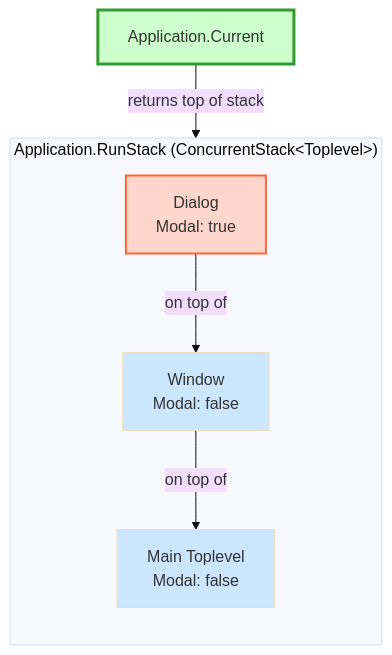
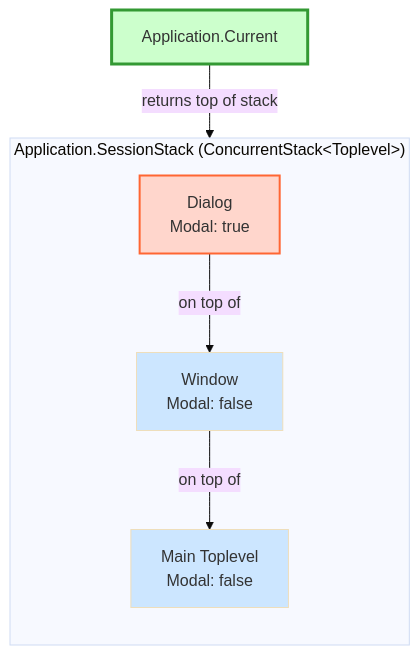
One commit to gui-cs/Terminal.Gui changed the second of 11 diagrams in docfx/docs/terminology-diagrams.md. Above: the diagram before and after it, drawn with Mermaid (base theme). The commit also changed other lines of this file and 4 other files, not shown here.

Commit message:
Update proposal: RunStack → SessionStack to align with SessionToken terminology

````diff
--- a/docfx/docs/terminology-diagrams.md
+++ b/docfx/docs/terminology-diagrams.md
@@ -39,19 +39,19 @@
 ```mermaid
 graph TD
-    subgraph RunStack["Application.RunStack (ConcurrentStack&lt;Toplevel&gt;)"]
+    subgraph SessionStack["Application.SessionStack (ConcurrentStack&lt;Toplevel&gt;)"]
         direction TB
         Dialog[Dialog<br/>Modal: true]
         Window[Window<br/>Modal: false]
         MainView[Main Toplevel<br/>Modal: false]
         
         Dialog -->|"on top of"| Window
         Window -->|"on top of"| MainView
     end
     
     Current[Application.Current] -->|"returns top of stack"| Dialog
     
     style Current fill:#ccffcc,stroke:#339933,stroke-width:3px
     style Dialog fill:#ffd6cc,stroke:#ff6633,stroke-width:2px
     style Window fill:#cce6ff
     style MainView fill:#cce6ff
 ```
````
